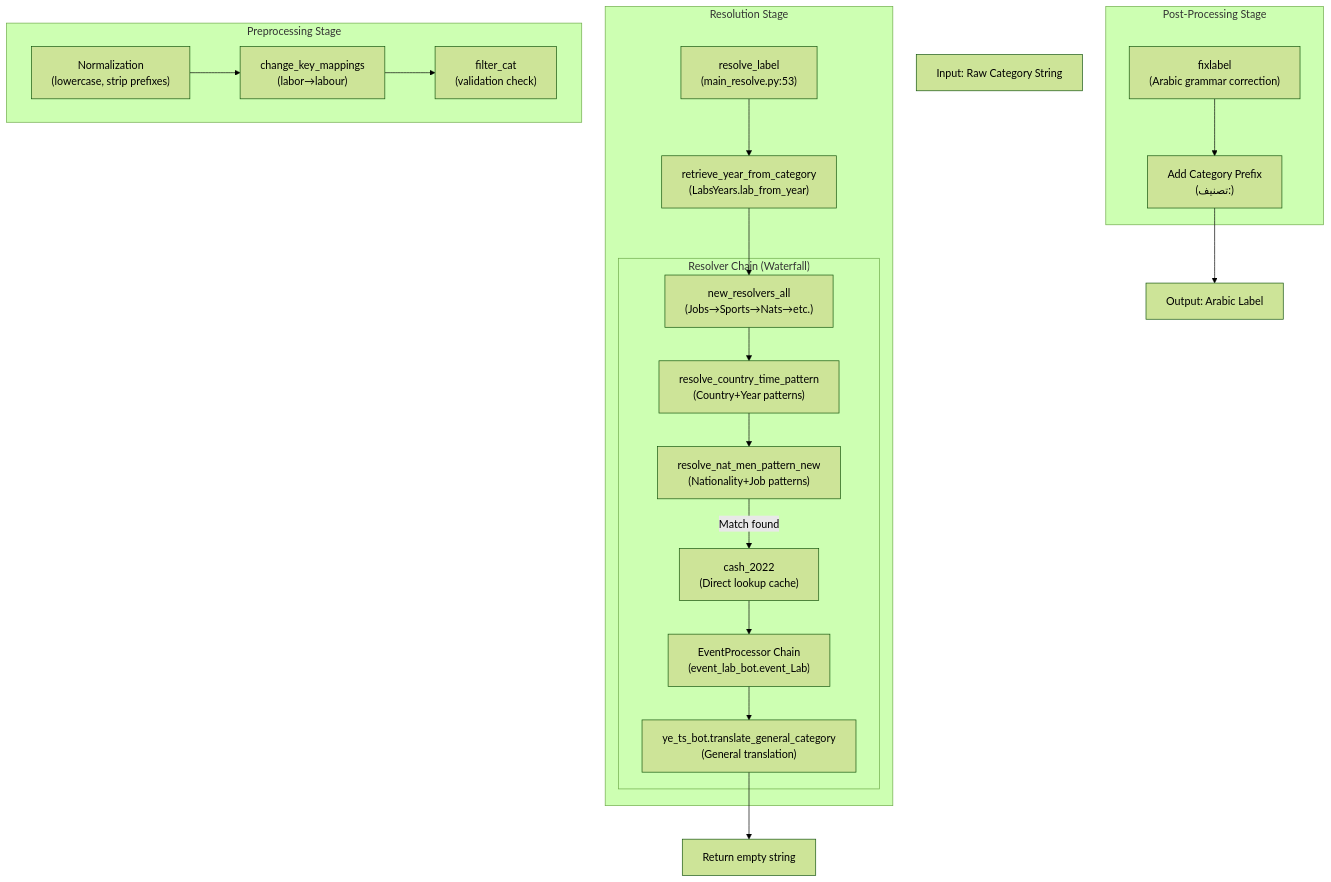
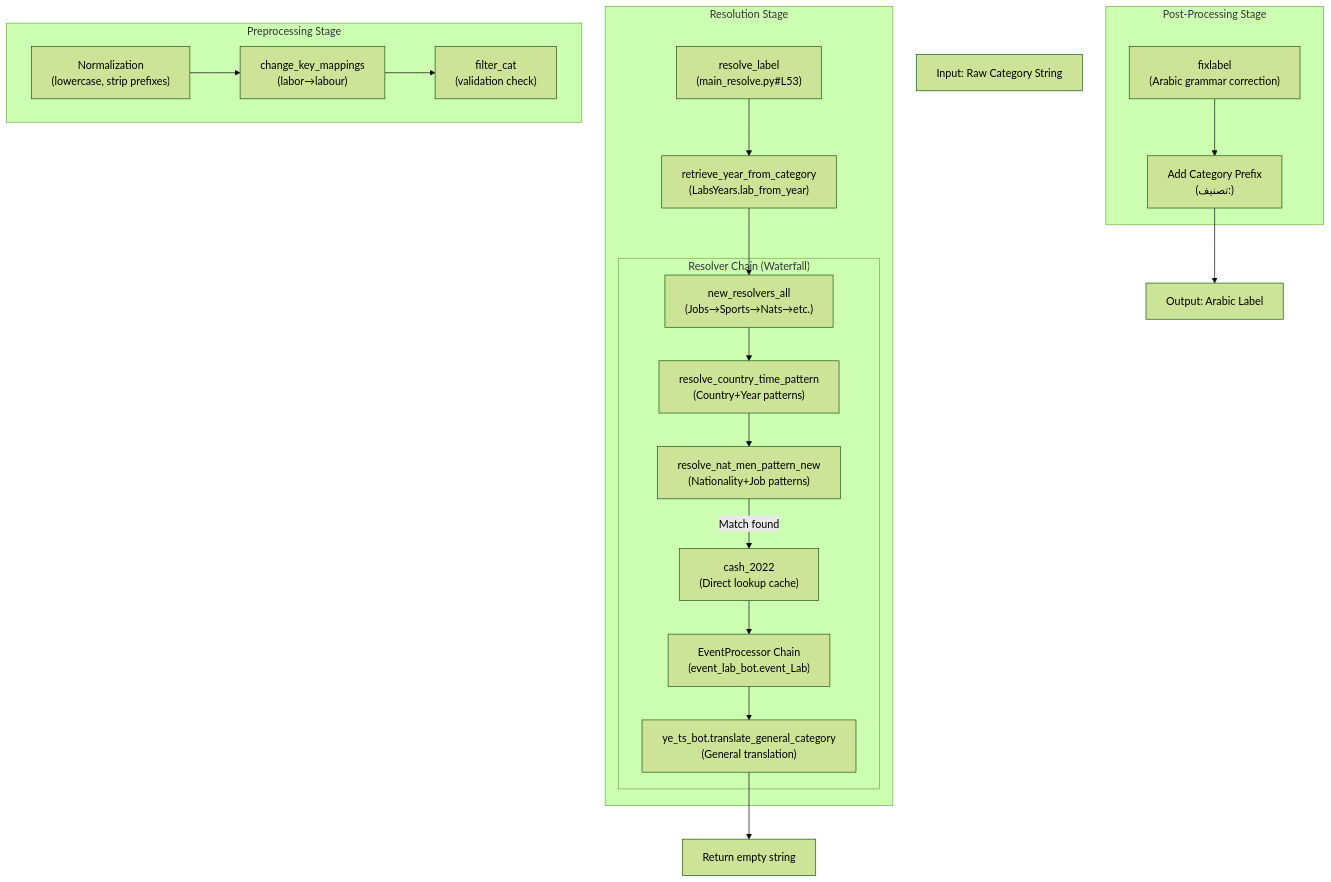
One commit to ArWikiCats/ArWikiCats changed the first of 5 diagrams in docs/3.Resolution-Pipeline.md. Above: the diagram before and after it, drawn with Mermaid (forest theme). The commit also changed other lines of this file and 42 other files, not shown here.

````diff
--- a/docs/3.Resolution-Pipeline.md
+++ b/docs/3.Resolution-Pipeline.md
@@ -26,58 +26,58 @@
 ```mermaid
 flowchart TD
 
 INPUT["Input: Raw Category String"]
-NORM["Normalization<br>(lowercase, strip prefixes)"]
-KEYMAP["change_key_mappings<br>(labor→labour)"]
-FILTER["filter_cat<br>(validation check)"]
-MAIN["resolve_label<br>(main_resolve.py:53)"]
-YEAR["retrieve_year_from_category<br>(LabsYears.lab_from_year)"]
-R1["new_resolvers_all<br>(Jobs→Sports→Nats→etc.)"]
-R2["resolve_country_time_pattern<br>(Country+Year patterns)"]
-R3["resolve_nat_men_pattern_new<br>(Nationality+Job patterns)"]
-R4["cash_2022<br>(Direct lookup cache)"]
-R5["EventProcessor Chain<br>(event_lab_bot.event_Lab)"]
-R6["ye_ts_bot.translate_general_category<br>(General translation)"]
-FIX["fixlabel<br>(Arabic grammar correction)"]
-PREFIX["Add Category Prefix<br>(تصنيف:)"]
+NORM["Normalization<br/>(lowercase, strip prefixes)"]
+KEYMAP["change_key_mappings<br/>(labor→labour)"]
+FILTER["filter_cat<br/>(validation check)"]
+MAIN["resolve_label<br/>(main_resolve.py#L53)"]
+YEAR["retrieve_year_from_category<br/>(LabsYears.lab_from_year)"]
+R1["new_resolvers_all<br/>(Jobs→Sports→Nats→etc.)"]
+R2["resolve_country_time_pattern<br/>(Country+Year patterns)"]
+R3["resolve_nat_men_pattern_new<br/>(Nationality+Job patterns)"]
+R4["cash_2022<br/>(Direct lookup cache)"]
+R5["EventProcessor Chain<br/>(event_lab_bot.event_Lab)"]
+R6["ye_ts_bot.translate_general_category<br/>(General translation)"]
+FIX["fixlabel<br/>(Arabic grammar correction)"]
+PREFIX["Add Category Prefix<br/>(تصنيف:)"]
 OUTPUT["Output: Arabic Label"]
 EMPTY["Return empty string"]
 
 R6 --> EMPTY
 PREFIX --> OUTPUT
 
 subgraph POSTPROCESS ["Post-Processing Stage"]
     FIX
     PREFIX
     FIX --> PREFIX
 end
 
 subgraph RESOLVE ["Resolution Stage"]
     MAIN
     YEAR
     MAIN --> YEAR
     YEAR --> R1
 
 subgraph CHAIN ["Resolver Chain (Waterfall)"]
     R1
     R2
     R3
     R4
     R5
     R6
     R1 --> R2
     R2 --> R3
     R3 -->|"Match found"| R4
     R4 --> R5
     R5 --> R6
 end
 end
 
 subgraph PREPROCESS ["Preprocessing Stage"]
     NORM
     KEYMAP
     FILTER
     NORM --> KEYMAP
     KEYMAP --> FILTER
 end
 ```
````
